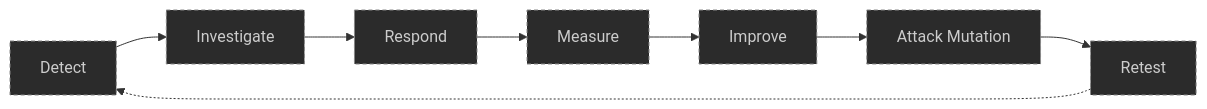
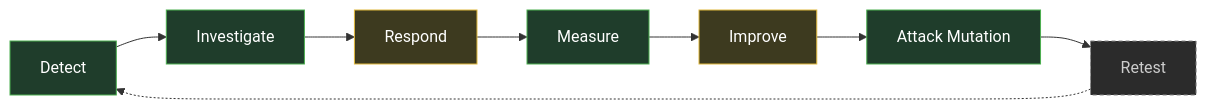
One commit to andyydz/sentinel-soc-lab changed the fourth of 4 diagrams in docs/03-architecture.md. Above: the diagram before and after it, drawn with Mermaid. The commit also changed other lines of this file, not shown here.

````diff
--- a/docs/03-architecture.md
+++ b/docs/03-architecture.md
@@ -166,8 +242,12 @@
 ```mermaid
 flowchart LR
     DET[Detect] --> INV[Investigate] --> RESP[Respond] --> MEA[Measure] --> IMP[Improve] --> MUT[Attack Mutation] --> RET[Retest]
     RET -.-> DET
 
+    classDef validated fill:#1f3d2b,stroke:#4caf50,color:#fff;
+    classDef progress fill:#3d3a1f,stroke:#e0b83c,color:#fff;
     classDef planned fill:#2b2b2b,stroke:#888,color:#ccc,stroke-dasharray: 4 3;
-    class DET,INV,RESP,MEA,IMP,MUT,RET planned
+    class DET,INV,MEA,MUT validated
+    class RESP,IMP progress
+    class RET planned
 ```
````
